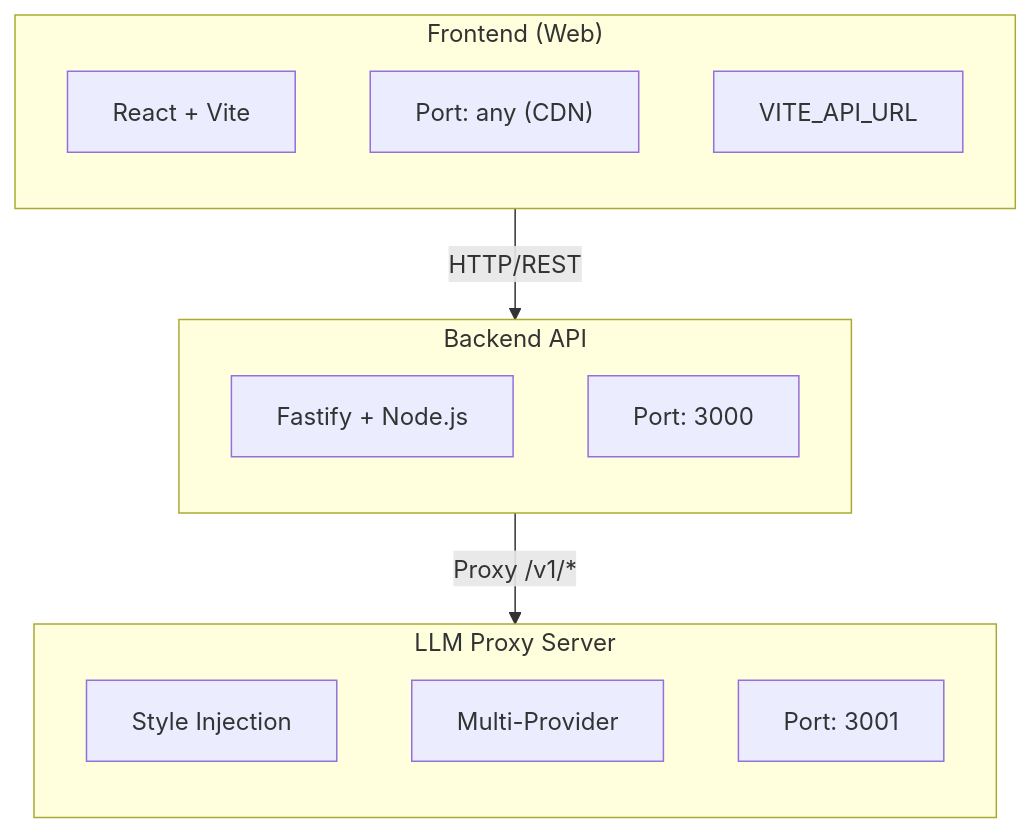
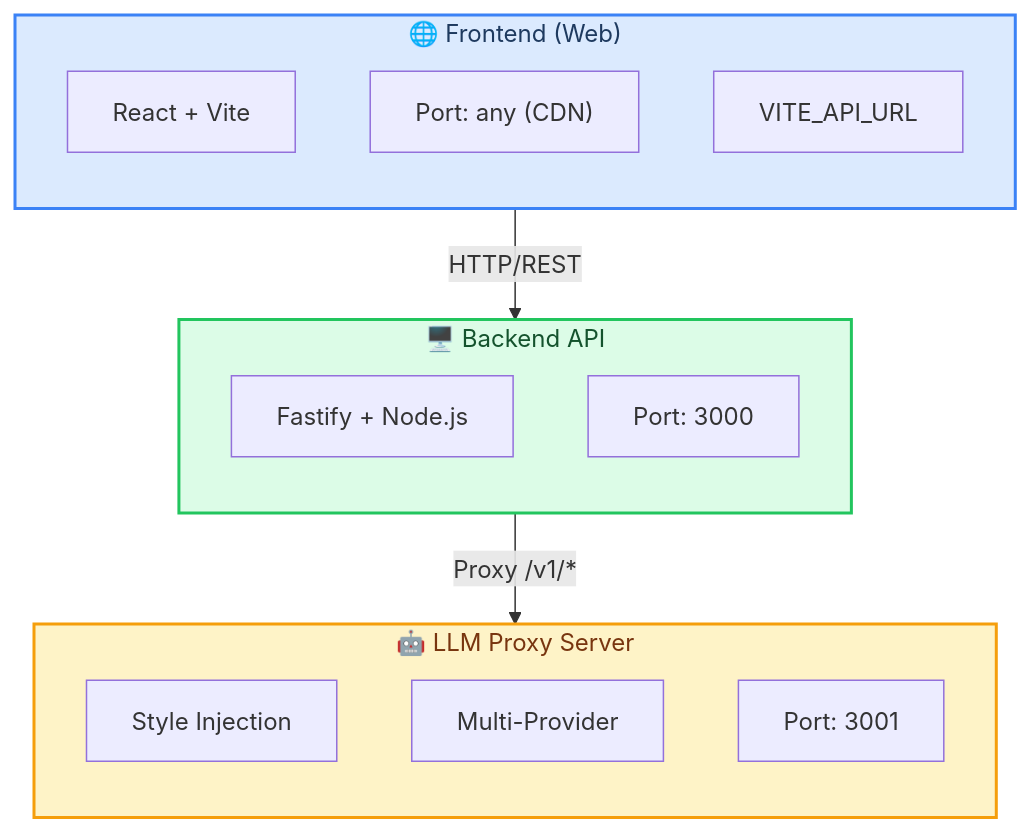
Before and after one commit to openhoat/mesame: the diagram in README.md, drawn with Mermaid. The commit also changed other lines of this file and 2 other files, not shown here.

Commit message:
docs: improve Mermaid diagrams and remove WIP warning
- Add subtle color palette to Mermaid diagrams (works in both themes)
- Add emoji icons for better visual identification
- Remove "Work In Progress" warning from README and docs index

````diff
--- a/README.md
+++ b/README.md
@@ -48,25 +46,29 @@
 ```mermaid
 flowchart TB
-    subgraph Frontend["Frontend (Web)"]
+    subgraph Frontend["🌐 Frontend (Web)"]
         direction TB
         FW["React + Vite"]
         FP["Port: any (CDN)"]
         FE["VITE_API_URL"]
     end
 
-    subgraph WebServer["Backend API"]
+    subgraph WebServer["🖥️ Backend API"]
         direction TB
         WS["Fastify + Node.js"]
         WP["Port: 3000"]
     end
 
-    subgraph LLMProxy["LLM Proxy Server"]
+    subgraph LLMProxy["🤖 LLM Proxy Server"]
         direction TB
         LP["Style Injection"]
         LM["Multi-Provider"]
         LPort["Port: 3001"]
     end
 
     Frontend -->|"HTTP/REST"| WebServer
     WebServer -->|"Proxy /v1/*"| LLMProxy
+
+    style Frontend fill:#dbeafe,stroke:#3b82f6,stroke-width:2px,color:#1e3a5f
+    style WebServer fill:#dcfce7,stroke:#22c55e,stroke-width:2px,color:#14532d
+    style LLMProxy fill:#fef3c7,stroke:#f59e0b,stroke-width:2px,color:#78350f
 ```
````
